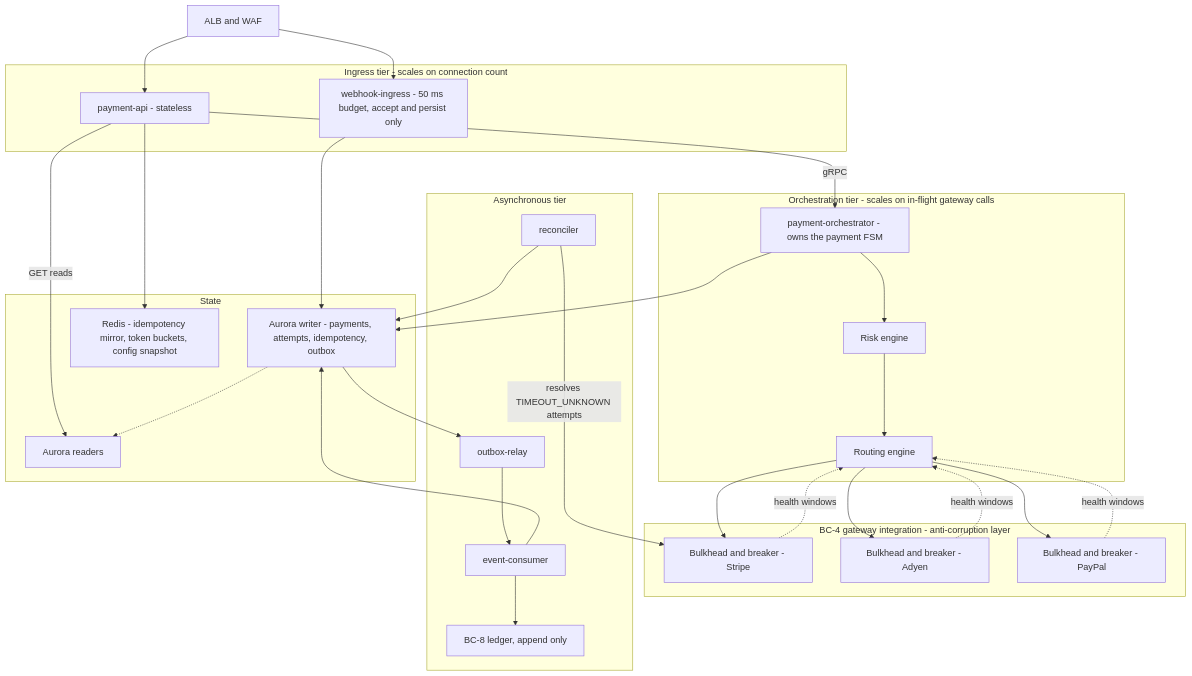
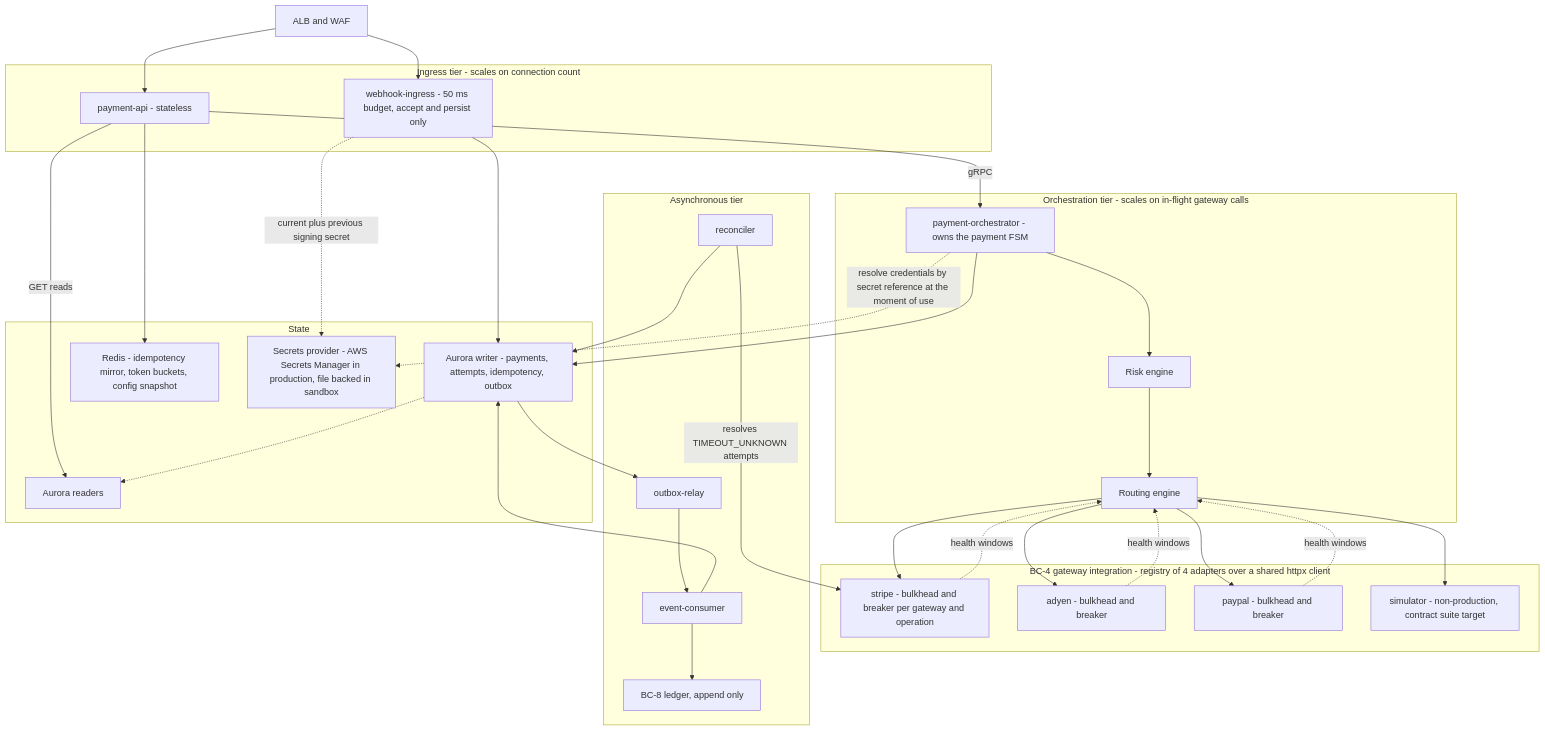
Before and after one commit to udaykishore-resu/payments-platform: the first of 3 diagrams in docs/diagrams/06-data-plane.md, drawn with Mermaid. The commit also changed other lines of this file and 67 other files, not shown here.

````diff
--- a/docs/diagrams/06-data-plane.md
+++ b/docs/diagrams/06-data-plane.md
@@ -16,55 +19,60 @@
 ```mermaid
 flowchart TB
   LB["ALB and WAF"]
 
   subgraph INGRESS["Ingress tier - scales on connection count"]
     PAPI["payment-api - stateless"]
     WHIG["webhook-ingress - 50 ms budget, accept and persist only"]
   end
 
   subgraph ORCH["Orchestration tier - scales on in-flight gateway calls"]
     PORC["payment-orchestrator - owns the payment FSM"]
     RTE["Routing engine"]
     RSK["Risk engine"]
   end
 
-  subgraph ACL["BC-4 gateway integration - anti-corruption layer"]
-    BSTR["Bulkhead and breaker - Stripe"]
-    BADY["Bulkhead and breaker - Adyen"]
-    BPPL["Bulkhead and breaker - PayPal"]
+  subgraph ACL["BC-4 gateway integration - registry of 4 adapters over a shared httpx client"]
+    BSTR["stripe - bulkhead and breaker per gateway and operation"]
+    BADY["adyen - bulkhead and breaker"]
+    BPPL["paypal - bulkhead and breaker"]
+    BSIM["simulator - non-production, contract suite target"]
   end
 
   subgraph ASYNC["Asynchronous tier"]
     ORLY["outbox-relay"]
     ECON["event-consumer"]
     RCN["reconciler"]
     LED["BC-8 ledger, append only"]
   end
 
   subgraph STATE["State"]
     PGW["Aurora writer - payments, attempts, idempotency, outbox"]
     PGR["Aurora readers"]
     RDS["Redis - idempotency mirror, token buckets, config snapshot"]
+    SEC["Secrets provider - AWS Secrets Manager in production, file backed in sandbox"]
   end
 
   LB --> PAPI
   LB --> WHIG
   PAPI -->|"gRPC"| PORC
   PAPI -->|"GET reads"| PGR
   PAPI --> RDS
   PORC --> RSK --> RTE
   RTE --> BSTR
   RTE --> BADY
   RTE --> BPPL
+  RTE --> BSIM
+  PORC -.->|"resolve credentials by secret reference at the moment of use"| SEC
+  WHIG -.->|"current plus previous signing secret"| SEC
   PORC --> PGW
   WHIG --> PGW
   PGW --> ORLY --> ECON
   ECON --> LED
   ECON --> PGW
   RCN -->|"resolves TIMEOUT_UNKNOWN attempts"| BSTR
   RCN --> PGW
   PGW -.-> PGR
   BSTR -.->|"health windows"| RTE
   BADY -.->|"health windows"| RTE
   BPPL -.->|"health windows"| RTE
 ```
````
